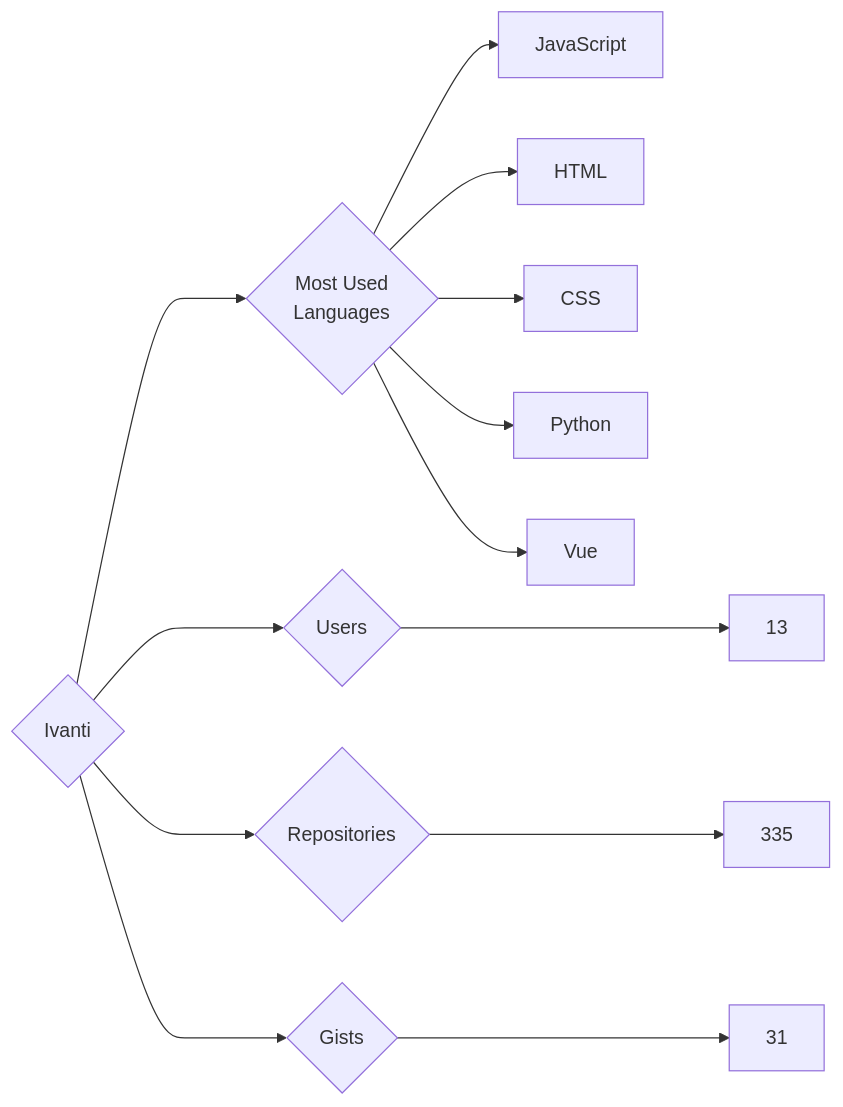
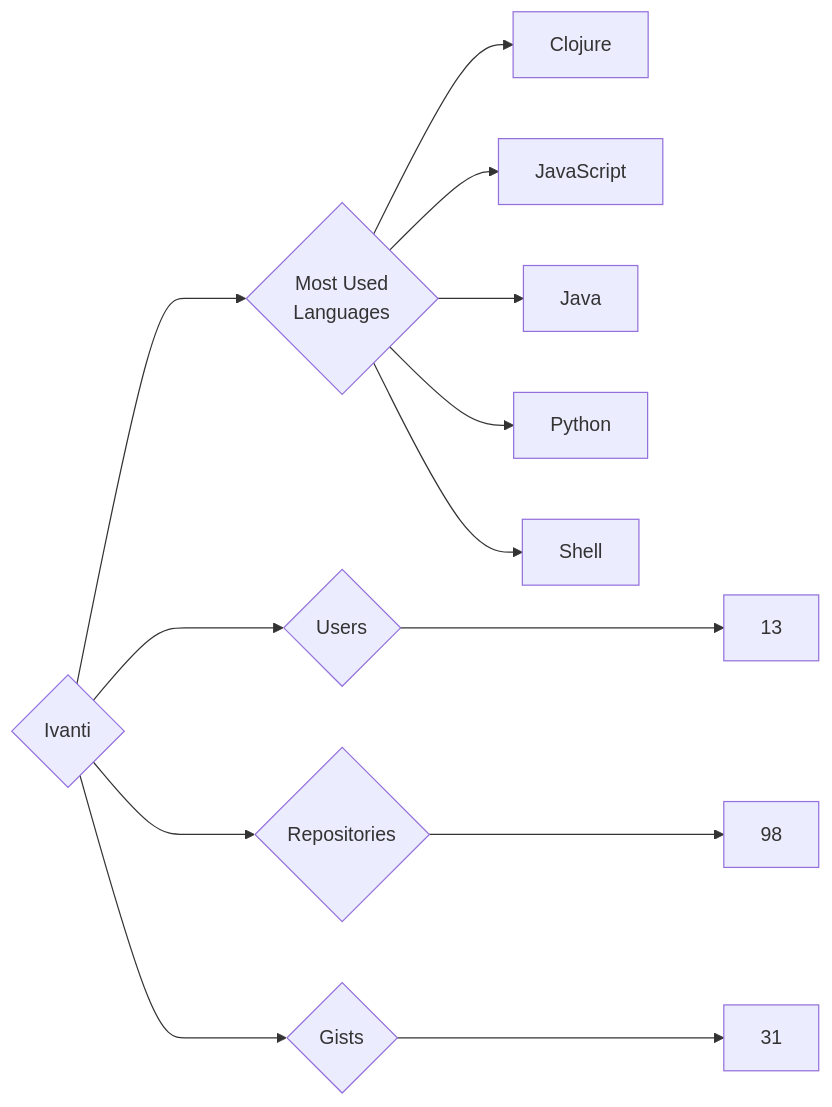
One commit to trickest/insiders changed the diagram in targets/Ivanti/README.md. Above: the diagram before and after it, drawn with Mermaid. The commit also changed 681 other files, not shown here.

````diff
--- a/targets/Ivanti/README.md
+++ b/targets/Ivanti/README.md
@@ -3,13 +3,13 @@
 ```mermaid
 graph LR
 COMPANY_NAME{Ivanti}
 COMPANY_NAME ---> U{Users} ---> UN[13]
-COMPANY_NAME ---> R{Repositories} ---> RN[335]
+COMPANY_NAME ---> R{Repositories} ---> RN[98]
 COMPANY_NAME ---> G{Gists} ---> GN[31]
 COMPANY_NAME ---> ML{Most Used<br>Languages}
+ML --> Clojure[Clojure]
 ML --> JavaScript[JavaScript]
-ML --> HTML[HTML]
-ML --> CSS[CSS]
+ML --> Java[Java]
 ML --> Python[Python]
-ML --> Vue[Vue]
+ML --> Shell[Shell]
 ```
````
